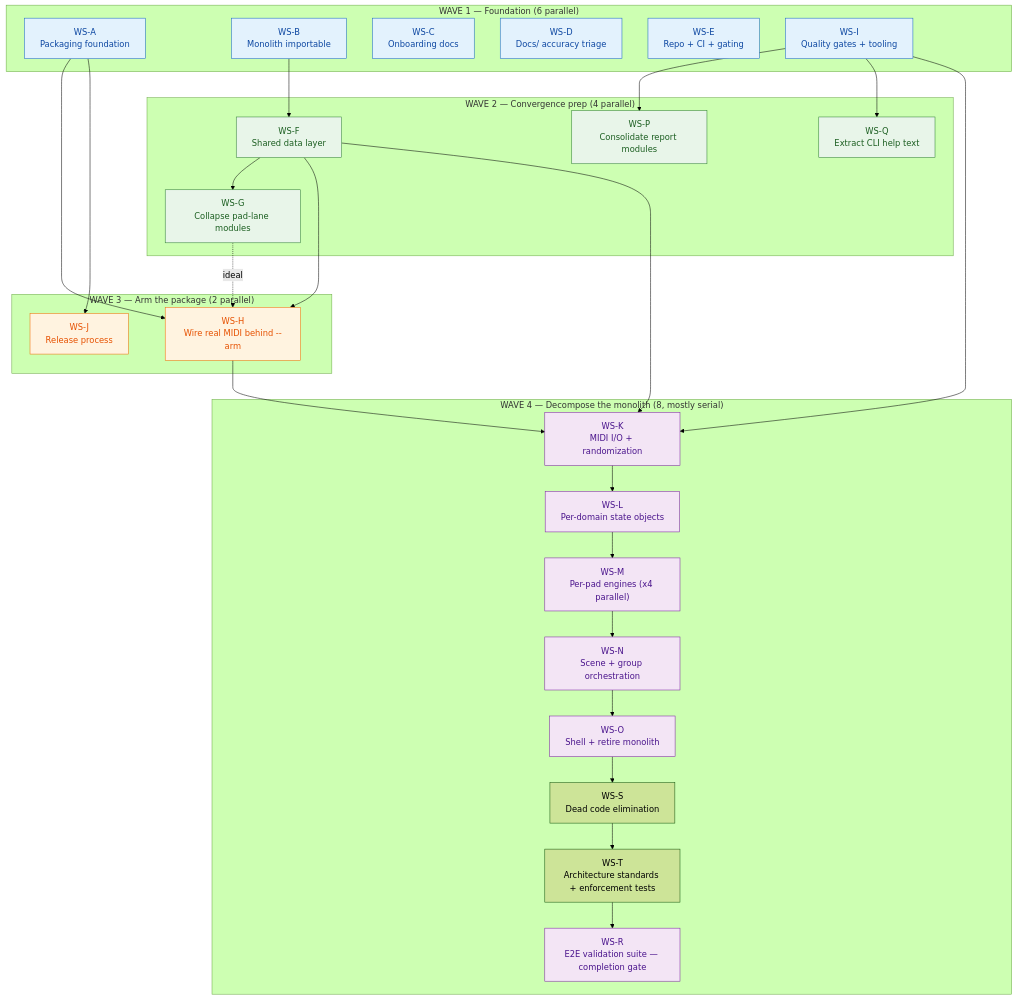
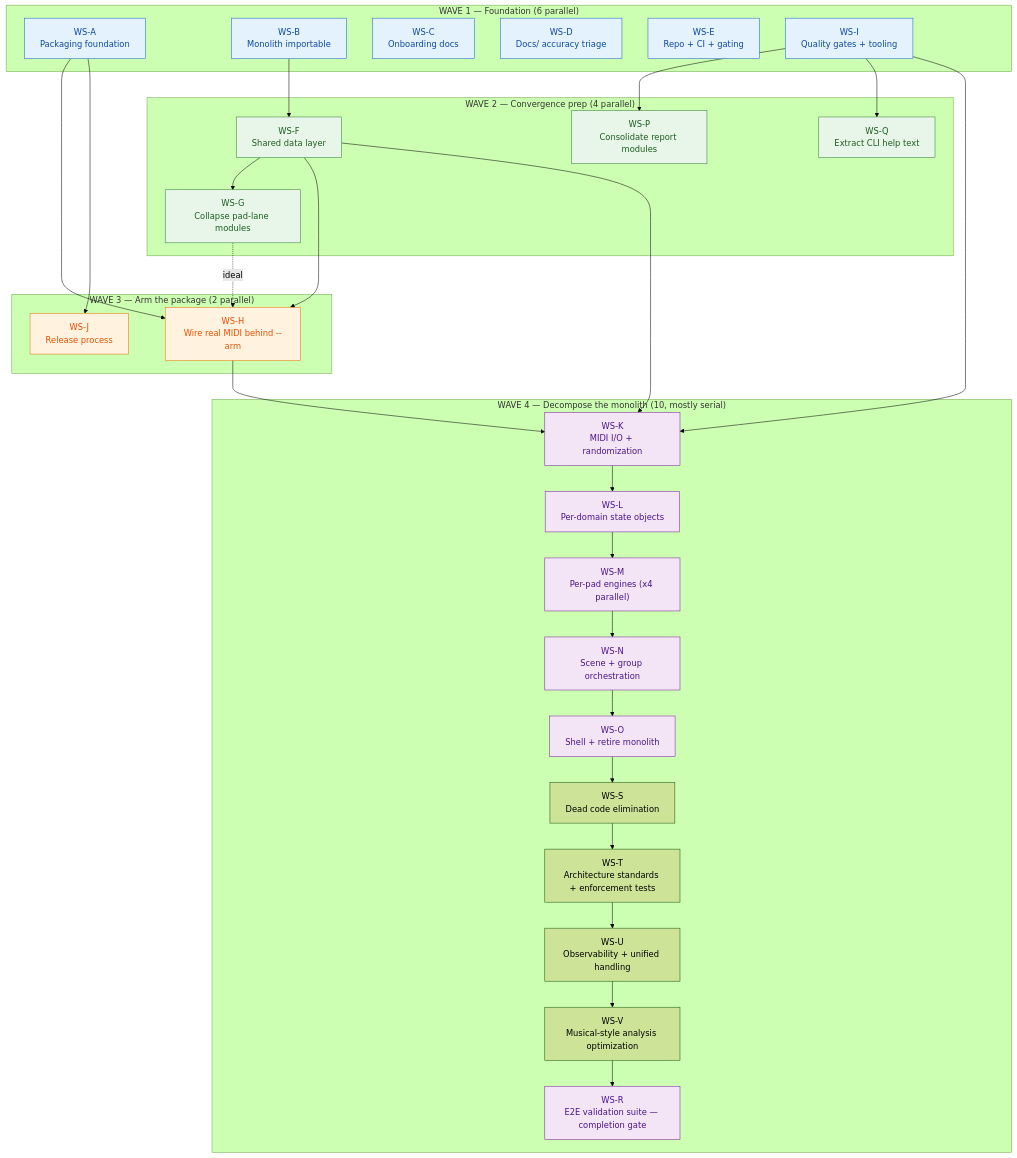
Before and after one commit to buzzijose-hub/RytmRandomizer: the second of 8 diagrams in EXECUTION_PLAN.md, drawn with Mermaid (forest theme). The commit also changed other lines of this file, not shown here.

First line of the commit message:
Add WS-U (observability + unified handling) and WS-V (musical-style analysis)

````diff
--- a/EXECUTION_PLAN.md
+++ b/EXECUTION_PLAN.md
@@ -68,59 +68,63 @@
 ```mermaid
 graph TD
     subgraph W1["WAVE 1 — Foundation (6 parallel)"]
         A["WS-A<br/>Packaging foundation"]
         B["WS-B<br/>Monolith importable"]
         C["WS-C<br/>Onboarding docs"]
         D["WS-D<br/>Docs/ accuracy triage"]
         E["WS-E<br/>Repo + CI + gating"]
         I["WS-I<br/>Quality gates + tooling"]
     end
     subgraph W2["WAVE 2 — Convergence prep (4 parallel)"]
         F["WS-F<br/>Shared data layer"]
         G["WS-G<br/>Collapse pad-lane modules"]
         P["WS-P<br/>Consolidate report modules"]
         Q["WS-Q<br/>Extract CLI help text"]
     end
     subgraph W3["WAVE 3 — Arm the package (2 parallel)"]
         H["WS-H<br/>Wire real MIDI behind --arm"]
         J["WS-J<br/>Release process"]
     end
-    subgraph W4["WAVE 4 — Decompose the monolith (8, mostly serial)"]
+    subgraph W4["WAVE 4 — Decompose the monolith (10, mostly serial)"]
         K["WS-K<br/>MIDI I/O + randomization"]
         L["WS-L<br/>Per-domain state objects"]
         M["WS-M<br/>Per-pad engines (x4 parallel)"]
         N["WS-N<br/>Scene + group orchestration"]
         O["WS-O<br/>Shell + retire monolith"]
         S["WS-S<br/>Dead code elimination"]
         T["WS-T<br/>Architecture standards + enforcement tests"]
+        U["WS-U<br/>Observability + unified handling"]
+        V["WS-V<br/>Musical-style analysis optimization"]
         R["WS-R<br/>E2E validation suite — completion gate"]
     end
 
     B --> F
     F --> G
     I --> P
     I --> Q
     A --> H
     F --> H
     G -.ideal.-> H
     A --> J
     F --> K
     H --> K
     I --> K
     K --> L
     L --> M
     M --> N
     N --> O
     O --> S
     S --> T
-    T --> R
+    T --> U
+    U --> V
+    V --> R
 
     classDef wave1 fill:#e3f2fd,stroke:#1565c0,color:#0d47a1
     classDef wave2 fill:#e8f5e9,stroke:#2e7d32,color:#1b5e20
     classDef wave3 fill:#fff3e0,stroke:#ef6c00,color:#e65100
     classDef wave4 fill:#f3e5f5,stroke:#7b1fa2,color:#4a148c
     class A,B,C,D,E,I wave1
     class F,G,P,Q wave2
     class H,J wave3
     class K,L,M,N,O,R wave4
 ```
````
